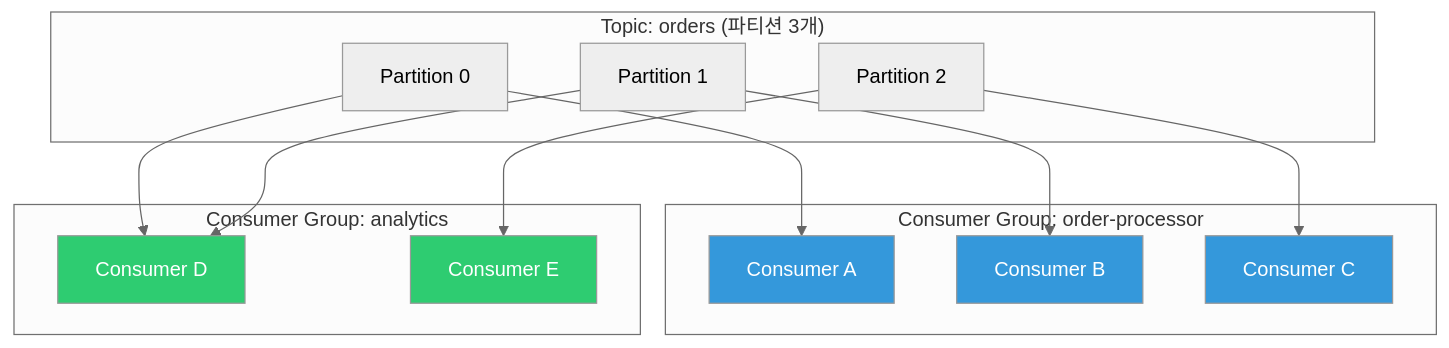
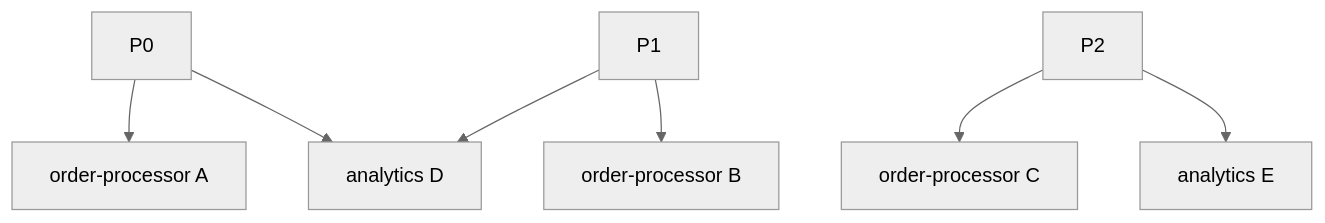
One commit to yjkim2015/yjkim2015.github.io changed the first of 7 diagrams in _posts/kafka/2026-05-01-kafka-consumer-deep.md. Above: the diagram before and after it, drawn with Mermaid (neutral theme). The commit also changed other lines of this file and 215 other files, not shown here.

First line of the commit message:
신규 포스트 10개 추가 + Mermaid 전면 축소 + SystemDesign 시리즈 보강

````diff
--- a/_posts/kafka/2026-05-01-kafka-consumer-deep.md
+++ b/_posts/kafka/2026-05-01-kafka-consumer-deep.md
@@ -26,33 +26,12 @@
 ```mermaid
 graph TD
-    subgraph "Topic: orders (파티션 3개)"
-        P0["Partition 0"]
-        P1["Partition 1"]
-        P2["Partition 2"]
-    end
-
-    subgraph "Consumer Group: order-processor"
-        CA["Consumer A"]
-        CB["Consumer B"]
-        CC["Consumer C"]
-    end
-
-    subgraph "Consumer Group: analytics"
-        CD["Consumer D"]
-        CE["Consumer E"]
-    end
-
+    P0[P0] & P1[P1] & P2[P2]
+    CA[order-processor A] & CB[order-processor B] & CC[order-processor C]
+    CD[analytics D] & CE[analytics E]
     P0 --> CA
     P1 --> CB
     P2 --> CC
-
     P0 --> CD
     P1 --> CD
     P2 --> CE
-
-    style CA fill:#3498db,color:#fff
-    style CB fill:#3498db,color:#fff
-    style CC fill:#3498db,color:#fff
-    style CD fill:#2ecc71,color:#fff
-    style CE fill:#2ecc71,color:#fff
 ```
````
